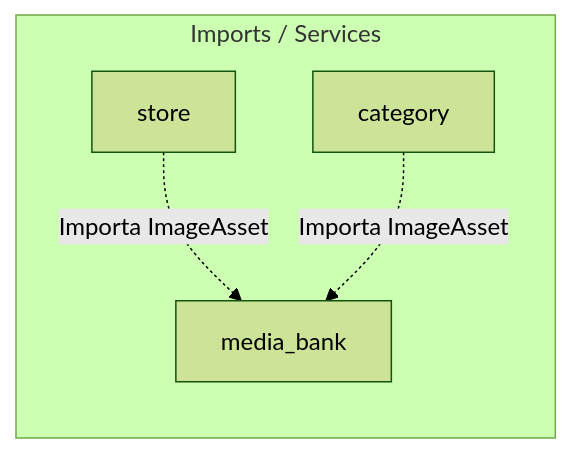
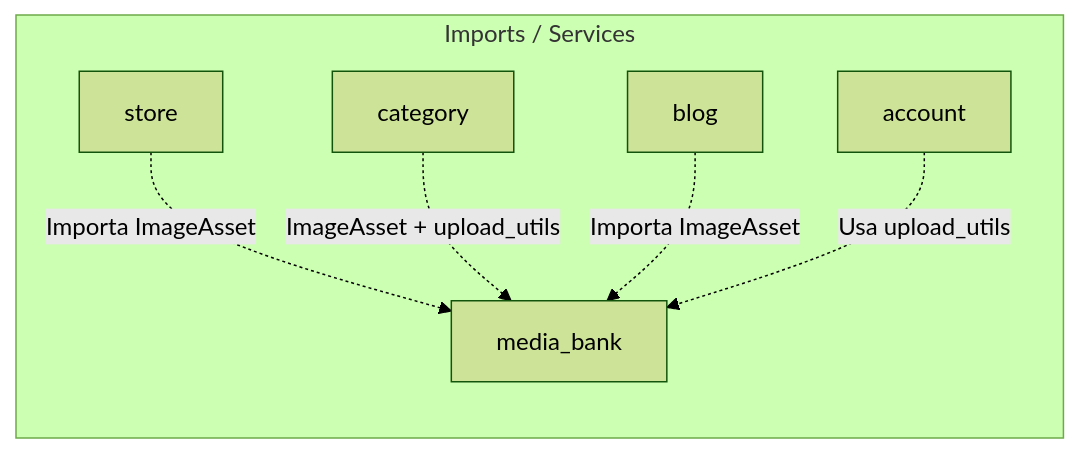
Before and after one commit to melafrancom/web_bulonera_alvear: the diagram in media_bank/README.md, drawn with Mermaid (forest theme). The commit also changed other lines of this file and 8 other files, not shown here.

````diff
--- a/media_bank/README.md
+++ b/media_bank/README.md
@@ -24,8 +26,10 @@
 ```mermaid
 graph LR
     subgraph Imports / Services
         media_bank[media_bank]
         store[store] -.->|Importa ImageAsset| media_bank
-        category[category] -.->|Importa ImageAsset| media_bank
+        category[category] -.->|ImageAsset + upload_utils| media_bank
+        blog[blog] -.->|Importa ImageAsset| media_bank
+        account[account] -.->|Usa upload_utils| media_bank
     end
 ```
````
